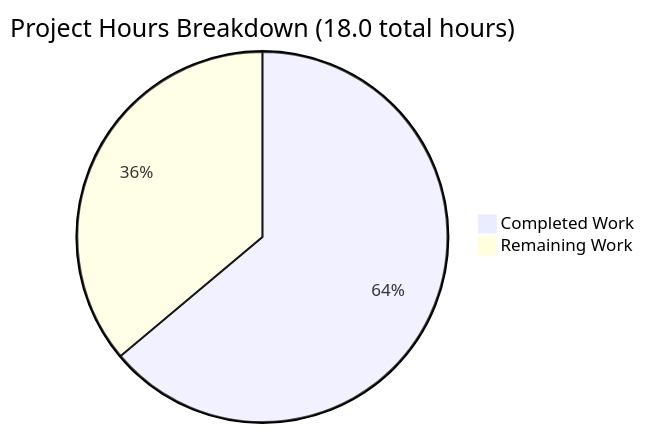
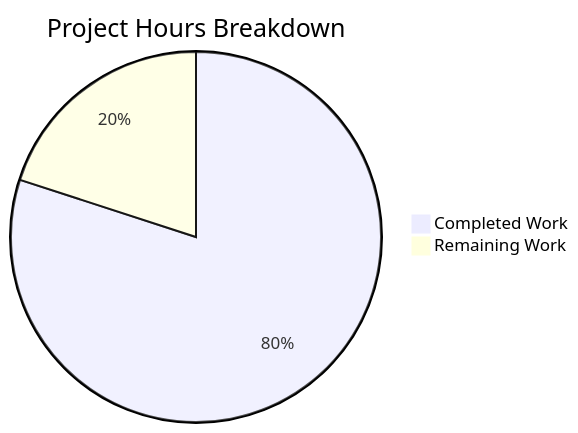
One commit to blitzytest02/10oct_6 changed the diagram in blitzy/documentation/Project Guide.md. Above: the diagram before and after it, drawn with Mermaid. The commit also changed other lines of this file, not shown here.

Commit message:
Adding Blitzy Project Guide: Project Status and Human Tasks Remaining

````diff
--- a/blitzy/documentation/Project Guide.md
+++ b/blitzy/documentation/Project Guide.md
@@ -119,5 +167,5 @@
 ```mermaid
-pie title Project Hours Breakdown (18.0 total hours)
-    "Completed Work" : 11.5
-    "Remaining Work" : 6.5
+pie title Project Hours Breakdown
+    "Completed Work" : 8
+    "Remaining Work" : 2
 ```
````
